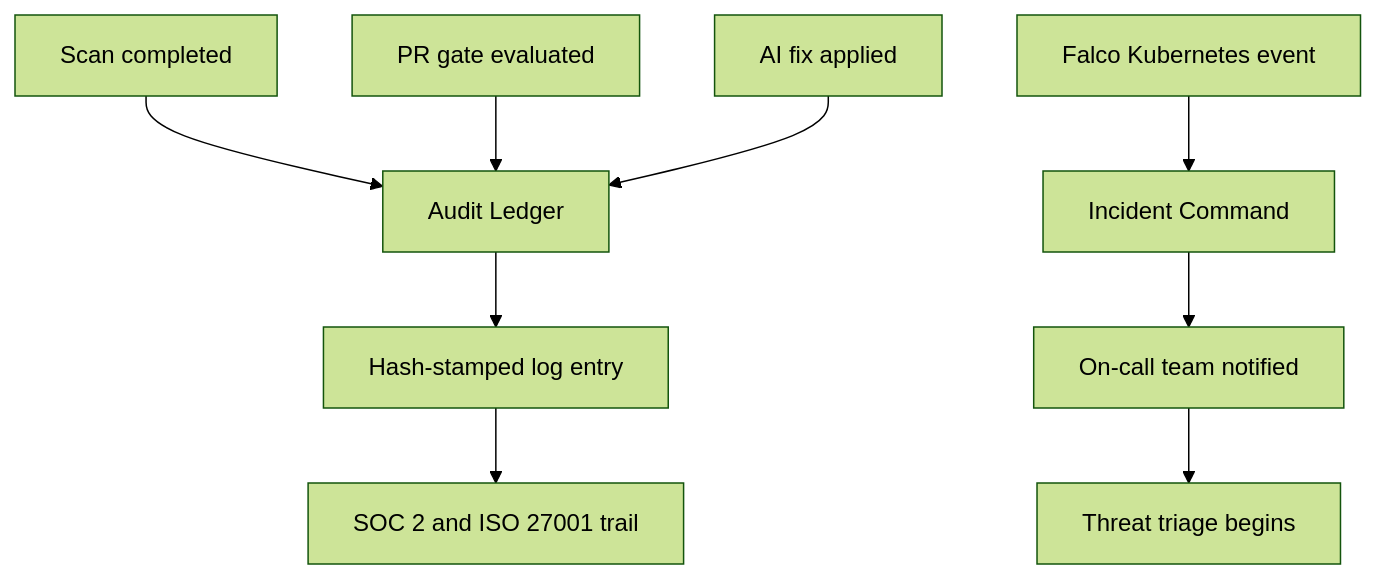
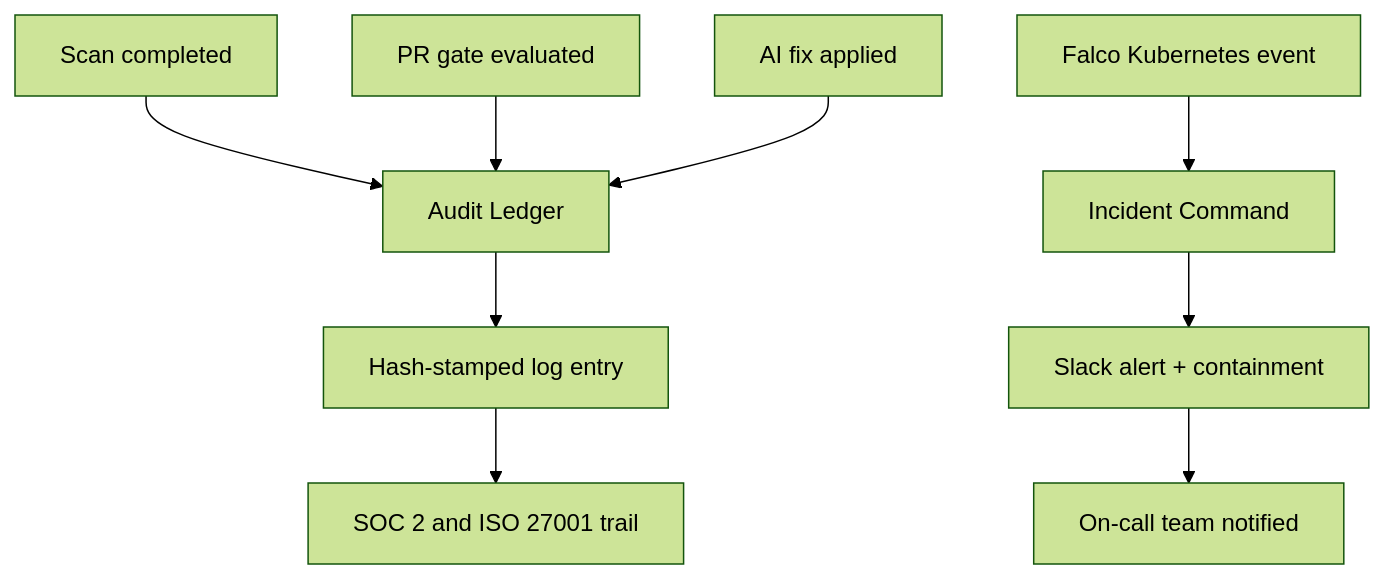
One commit to Manikantareddy941-hash/Scorpion changed the seventh of 7 diagrams in README.md. Above: the diagram before and after it, drawn with Mermaid (forest theme). The commit also changed other lines of this file, not shown here.

````diff
--- a/README.md
+++ b/README.md
@@ -191,14 +218,12 @@
 ```mermaid
 flowchart TD
-    %% Audit Ledger Flow
     ScanCompleted["Scan completed"] --> AuditLedger["Audit Ledger"]
     PRGate["PR gate evaluated"] --> AuditLedger
     AIFix["AI fix applied"] --> AuditLedger
     AuditLedger --> HashStamped["Hash-stamped log entry"]
     HashStamped --> SOCTrail["SOC 2 and ISO 27001 trail"]
 
-    %% Incident Command Flow
     FalcoEvent["Falco Kubernetes event"] --> IncidentCommand["Incident Command"]
-    IncidentCommand --> OnCallTeam["On-call team notified"]
-    OnCallTeam --> ThreatTriage["Threat triage begins"]
+    IncidentCommand --> SlackAlert["Slack alert + containment"]
+    SlackAlert --> OnCallTeam["On-call team notified"]
 ```
````
